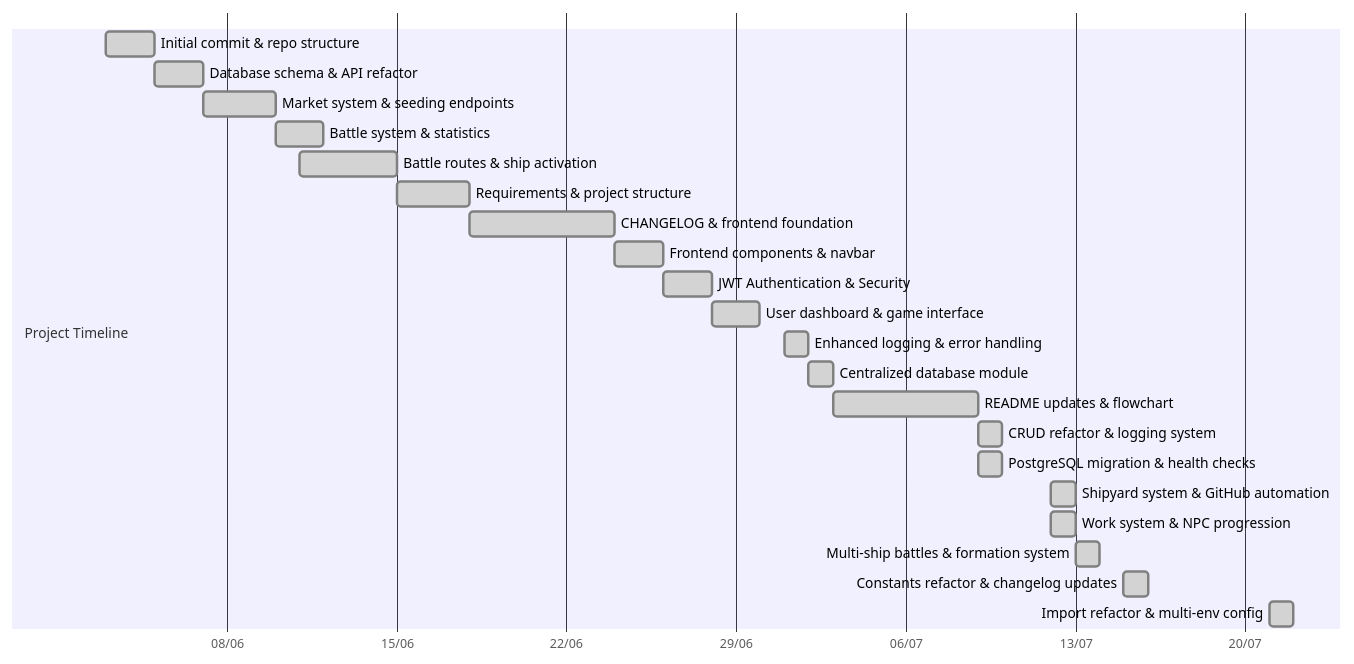
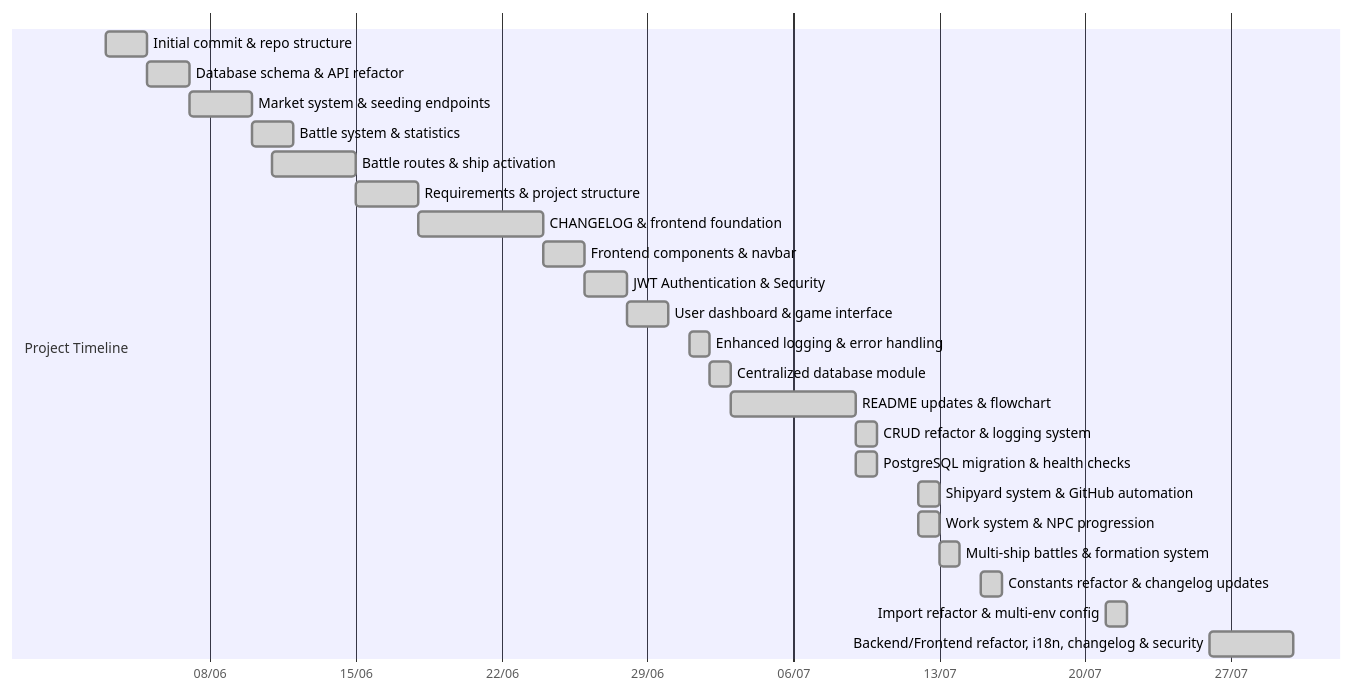
The second of 2 diagrams in README.md (FilipePacheco73/Bellum-Astrum), drawn with Mermaid before and after one commit.

Commit message:
feat: Update README with new backend/frontend refactor, internationalization, changelog, and security enhancements

````diff
--- a/README.md
+++ b/README.md
@@ -524,26 +524,27 @@
 ```mermaid
 gantt
 dateFormat  YYYY-MM-DD
 axisFormat  %d/%m
 section Project Timeline
 Initial commit & repo structure        :done,    des1, 2025-06-03, 2d
 Database schema & API refactor         :done,    des2, 2025-06-05, 2d
 Market system & seeding endpoints      :done,    des3, 2025-06-07, 3d
 Battle system & statistics             :done,    des4, 2025-06-10, 2d
 Battle routes & ship activation        :done,    des5, 2025-06-11, 4d
 Requirements & project structure       :done,    des6, 2025-06-15, 3d
 CHANGELOG & frontend foundation        :done,    des7, 2025-06-18, 6d
 Frontend components & navbar           :done,    des8, 2025-06-24, 2d
 JWT Authentication & Security          :done,    des9, 2025-06-26, 2d
 User dashboard & game interface        :done,    des10, 2025-06-28, 2d
 Enhanced logging & error handling      :done,    des11, 2025-07-01, 1d
 Centralized database module            :done,    des12, 2025-07-02, 1d
 README updates & flowchart             :done,    des13, 2025-07-03, 6d
 CRUD refactor & logging system         :done,    des14, 2025-07-09, 1d
 PostgreSQL migration & health checks   :done,    des15, 2025-07-09, 1d
 Shipyard system & GitHub automation    :done,    des16, 2025-07-12, 1d
 Work system & NPC progression          :done,    des17, 2025-07-12, 1d
 Multi-ship battles & formation system  :done,    des18, 2025-07-13, 1d
 Constants refactor & changelog updates :done,    des19, 2025-07-15, 1d
 Import refactor & multi-env config     :done,    des20, 2025-07-21, 1d
+Backend/Frontend refactor, i18n, changelog & security       :done,    des21, 2025-07-26, 4d
 ```
````
